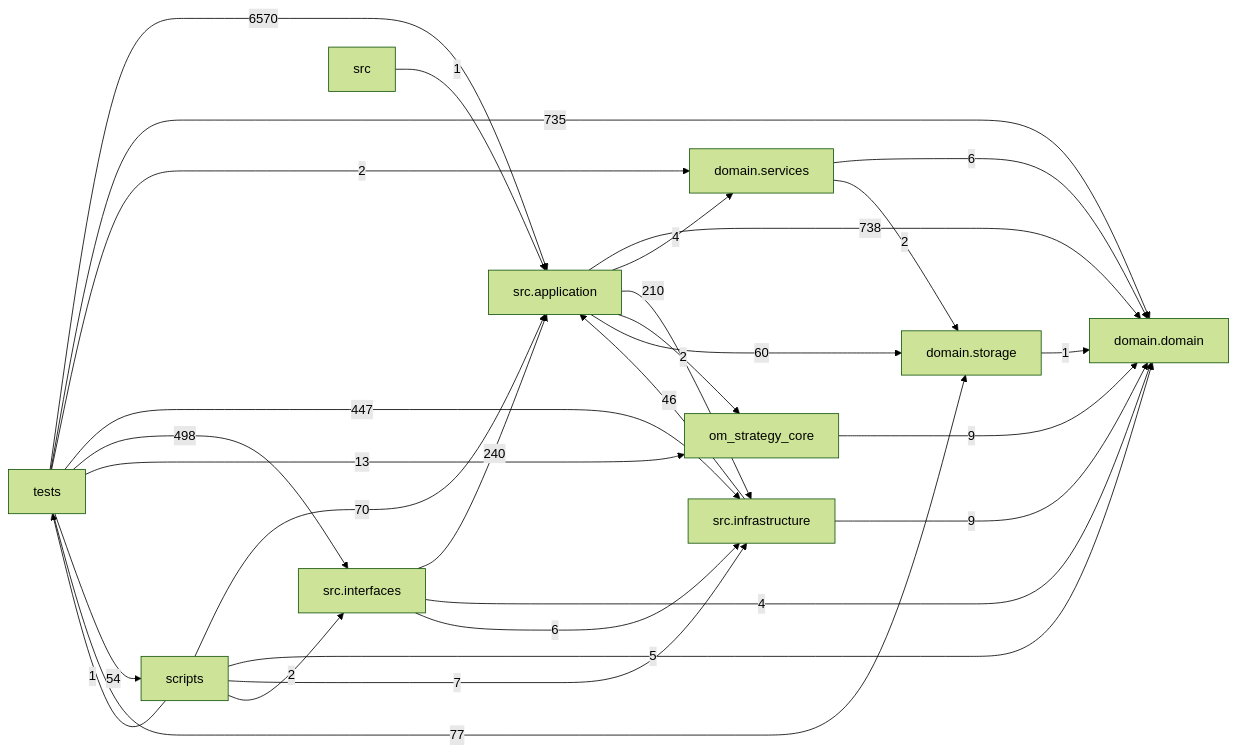
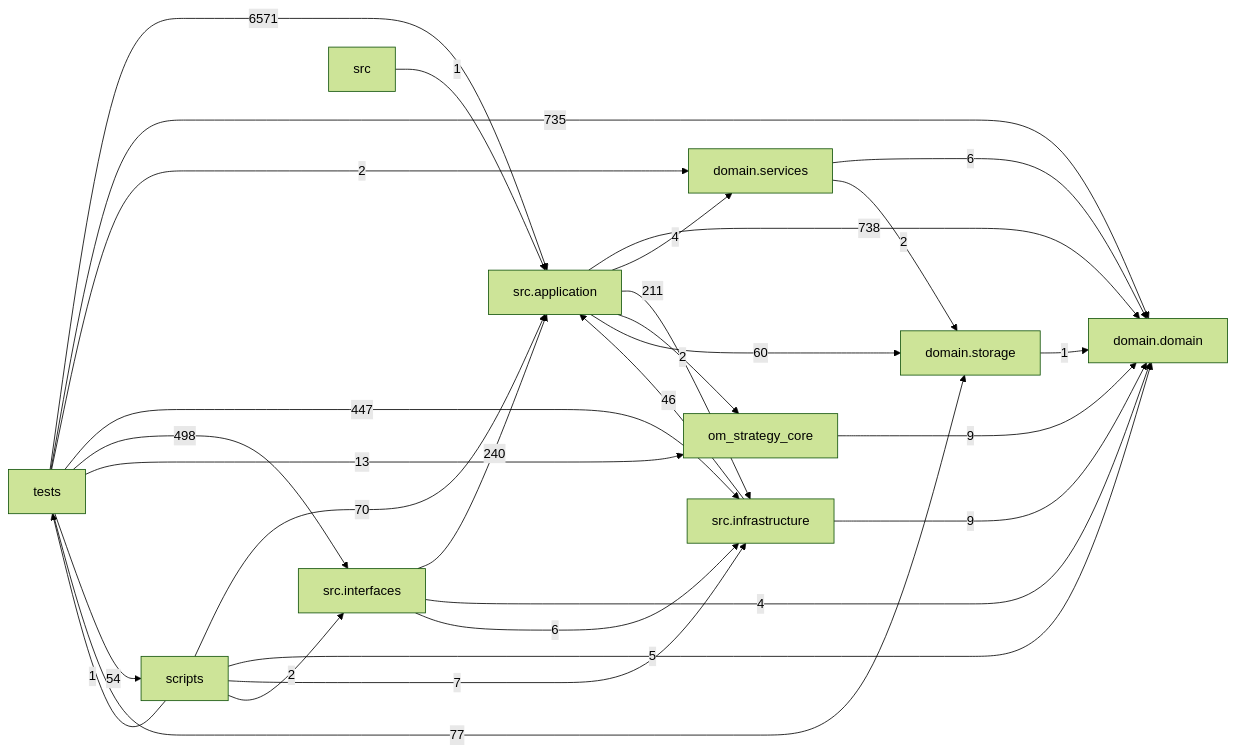
One commit to liuxie066/options-monitor changed the diagram in docs/DEPENDENCY_GRAPH.md. Above: the diagram before and after it, drawn with Mermaid (forest theme). The commit also changed other lines of this file and 5 other files, not shown here.

````diff
--- a/docs/DEPENDENCY_GRAPH.md
+++ b/docs/DEPENDENCY_GRAPH.md
@@ -24,39 +24,39 @@
 ```mermaid
 flowchart LR
   tests["tests"]
   scripts["scripts"]
   interfaces["src.interfaces"]
   application["src.application"]
   infrastructure["src.infrastructure"]
   domain_services["domain.services"]
   domain["domain.domain"]
   storage["domain.storage"]
   application -->|738| domain
   application -->|4| domain_services
-  application -->|210| infrastructure
+  application -->|211| infrastructure
   application -->|2| om_strategy_core
   application -->|60| storage
   domain_services -->|6| domain
   domain_services -->|2| storage
   infrastructure -->|46| application
   infrastructure -->|9| domain
   interfaces -->|240| application
   interfaces -->|4| domain
   interfaces -->|6| infrastructure
   om_strategy_core -->|9| domain
   scripts -->|70| application
   scripts -->|5| domain
   scripts -->|7| infrastructure
   scripts -->|2| interfaces
   scripts -->|1| tests
   src -->|1| application
   storage -->|1| domain
-  tests -->|6570| application
+  tests -->|6571| application
   tests -->|735| domain
   tests -->|2| domain_services
   tests -->|447| infrastructure
   tests -->|498| interfaces
   tests -->|13| om_strategy_core
   tests -->|54| scripts
   tests -->|77| storage
 ```
````
